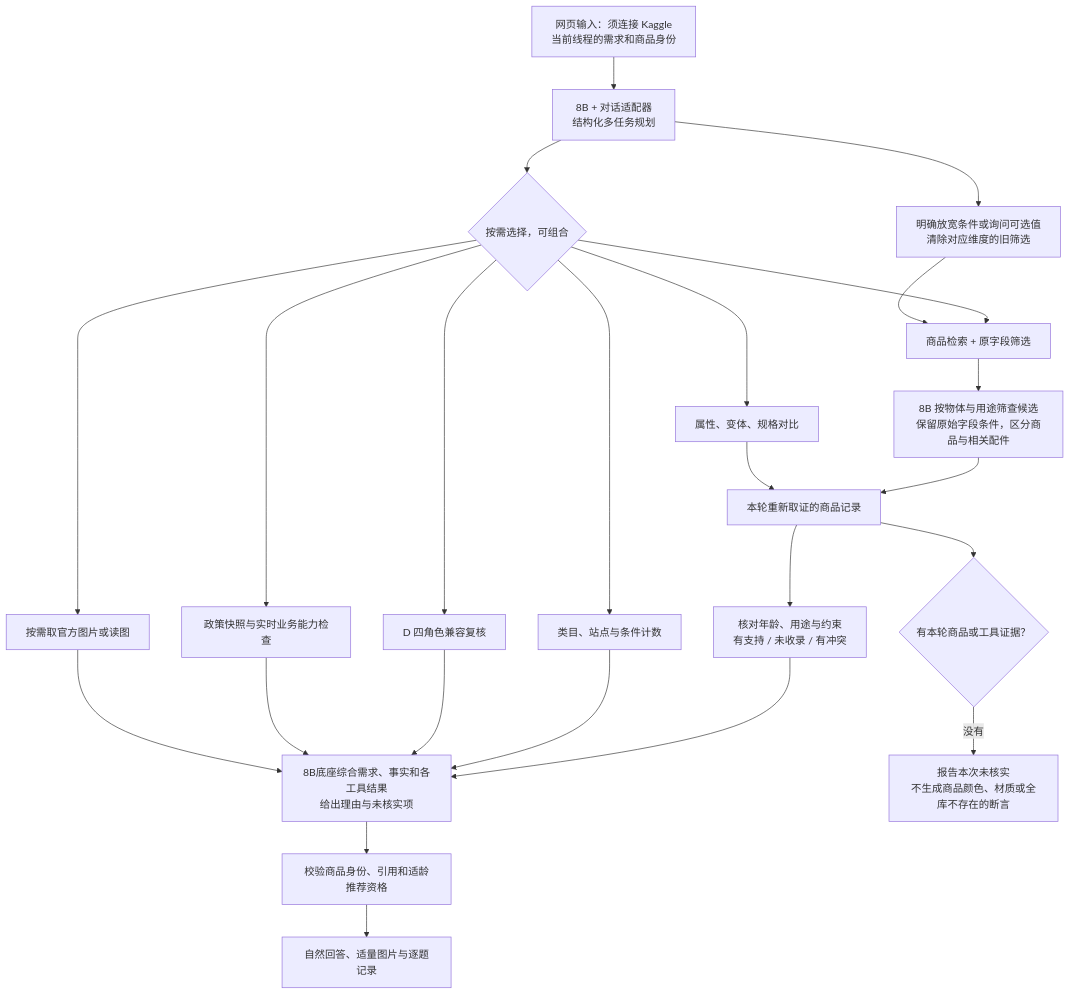
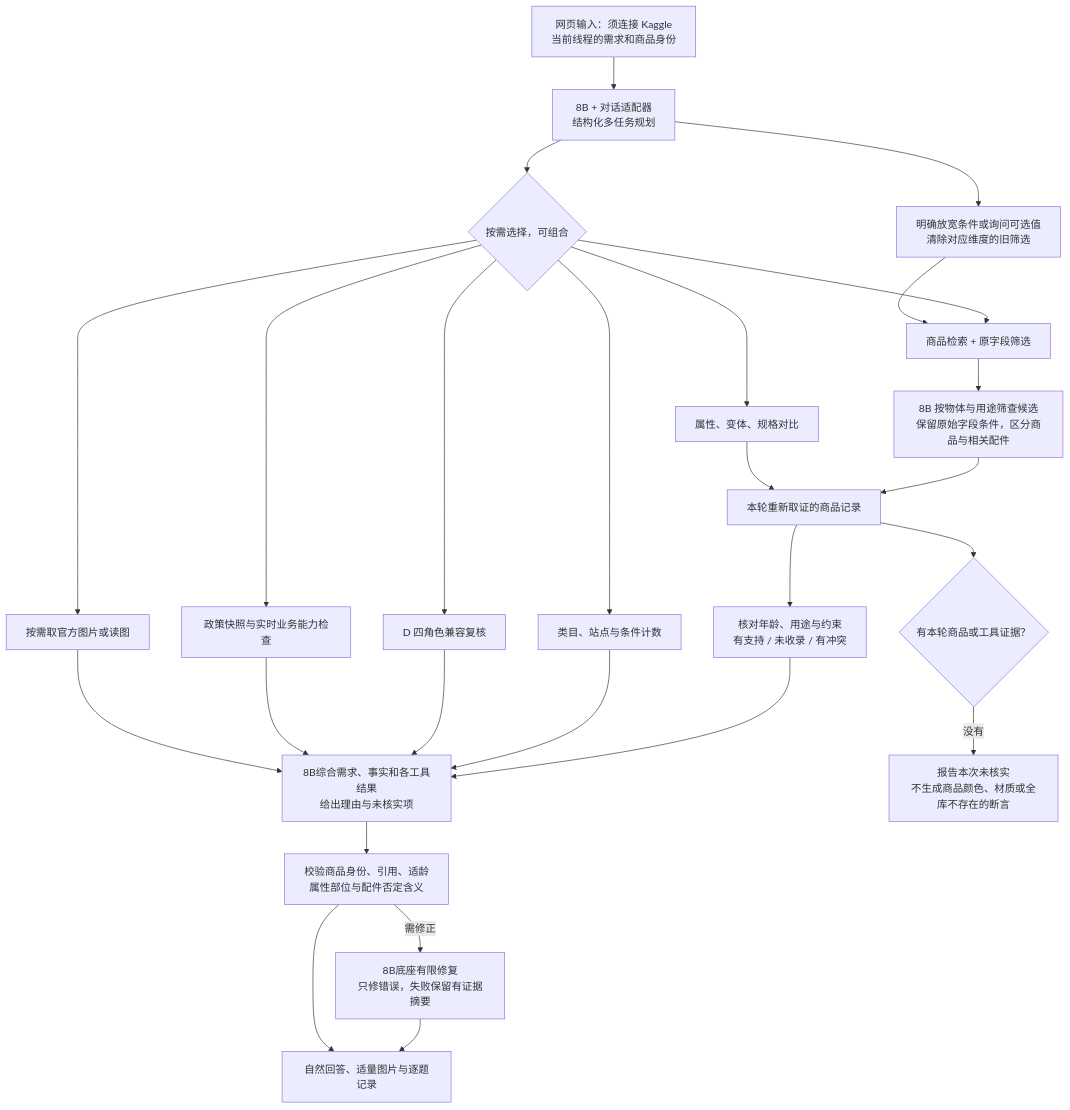
The first of 2 diagrams in docs/多任务对话与恢复.md (AaronYue77/ABO-Adaptive-RAG), drawn with Mermaid before and after one commit. The commit also changed other lines of this file and 7 other files, not shown here.

````diff
--- a/docs/多任务对话与恢复.md
+++ b/docs/多任务对话与恢复.md
@@ -5,26 +5,28 @@
 ```mermaid
 flowchart TD
     input["网页输入：须连接 Kaggle<br/>当前线程的需求和商品身份"] --> plan["8B + 对话适配器<br/>结构化多任务规划"]
     plan --> tasks{"按需选择，可组合"}
     tasks --> search["商品检索 + 原字段筛选"]
     tasks --> tally["类目、站点与条件计数"]
     tasks --> fields["属性、变体、规格对比"]
     tasks --> roles["D 四角色兼容复核"]
     tasks --> policy["政策快照与实时业务能力检查"]
     tasks --> visual["按需取官方图片或读图"]
     search --> rank["8B 按物体与用途筛查候选<br/>保留原始字段条件，区分商品与相关配件"]
     rank --> evidence["本轮重新取证的商品记录"]
     fields --> evidence
     evidence --> eligibility["核对年龄、用途与约束<br/>有支持 / 未收录 / 有冲突"]
     plan --> release["明确放宽条件或询问可选值<br/>清除对应维度的旧筛选"]
     release --> search
-    eligibility --> answer["8B底座综合需求、事实和各工具结果<br/>给出理由与未核实项"]
+    eligibility --> answer["8B综合需求、事实和各工具结果<br/>给出理由与未核实项"]
     tally --> answer
     roles --> answer
     policy --> answer
     visual --> answer
-    answer --> guard["校验商品身份、引用和适龄推荐资格"]
+    answer --> guard["校验商品身份、引用、适龄<br/>属性部位与配件否定含义"]
+    guard -->|需修正| repair["8B底座有限修复<br/>只修错误，失败保留有证据摘要"]
+    repair --> logs
     guard --> logs["自然回答、适量图片与逐题记录"]
     evidence --> missing{"有本轮商品或工具证据？"}
     missing -->|没有| safe["报告本次未核实<br/>不生成商品颜色、材质或全库不存在的断言"]
 ```
````
